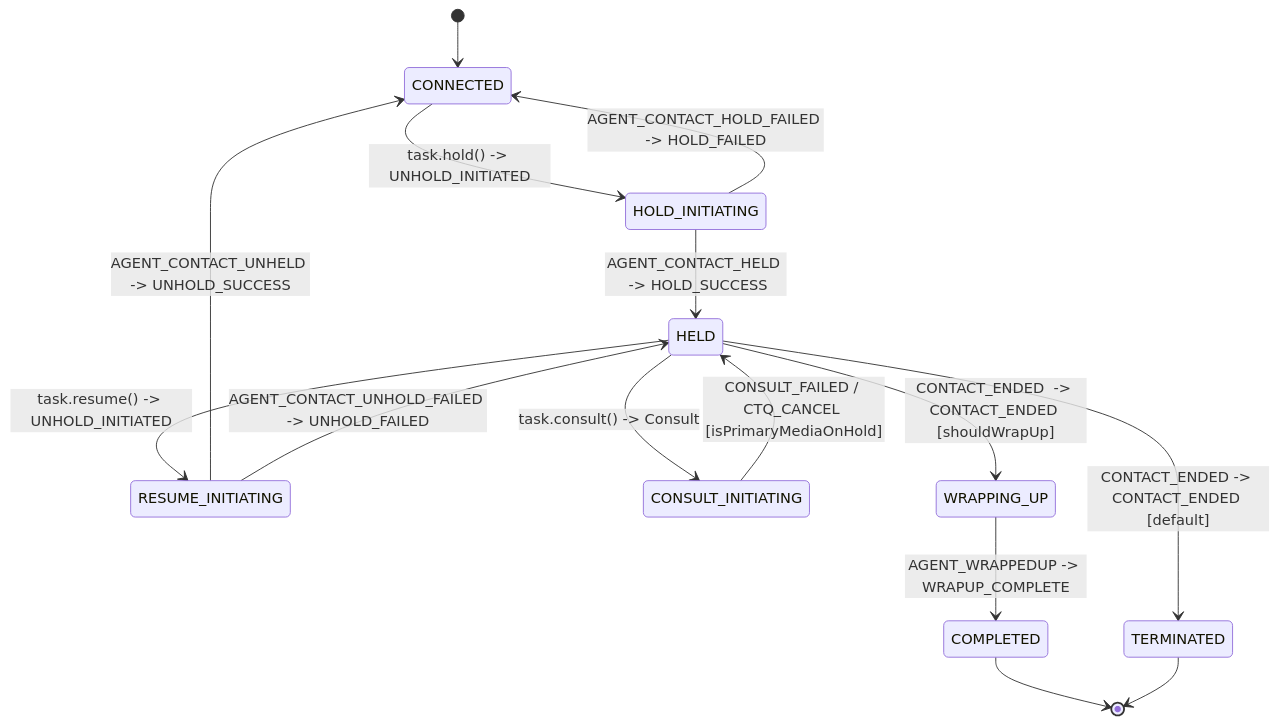
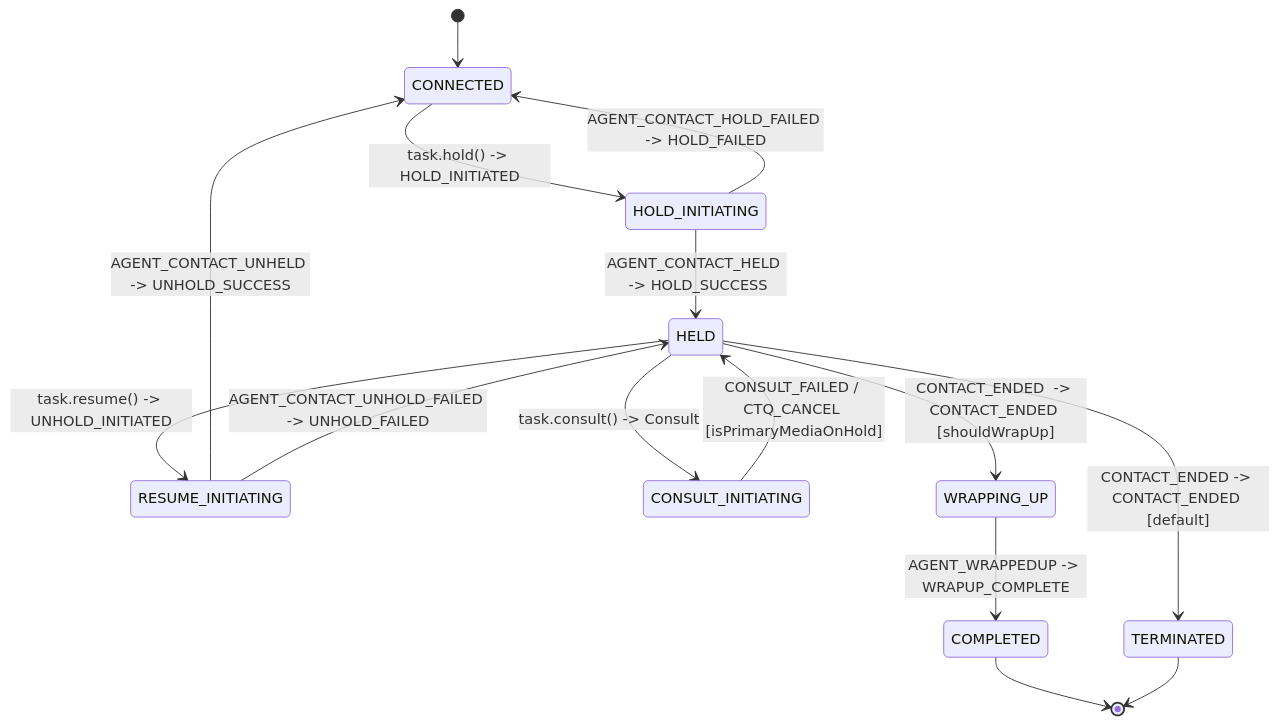
Before and after one commit to webex/webex-js-sdk: the fifth of 7 diagrams in packages/@webex/contact-center/src/services/task/state-machine/ai-docs/ARCHITECTURE.md, drawn with Mermaid. The commit also changed other lines of this file and 1 other file, not shown here.

Commit message:
docs(contact-center): review comments addressed

````diff
--- a/packages/@webex/contact-center/src/services/task/state-machine/ai-docs/ARCHITECTURE.md
+++ b/packages/@webex/contact-center/src/services/task/state-machine/ai-docs/ARCHITECTURE.md
@@ -676,18 +973,18 @@
 ```mermaid
 stateDiagram-v2
     [*] --> CONNECTED
-    CONNECTED --> HOLD_INITIATING: task.hold() -> UNHOLD_INITIATED 
-    HOLD_INITIATING --> HELD: AGENT_CONTACT_HELD  -> HOLD_SUCCESS 
-    HOLD_INITIATING --> CONNECTED: AGENT_CONTACT_HOLD_FAILED -> HOLD_FAILED 
-    HELD --> RESUME_INITIATING: task.resume() -> UNHOLD_INITIATED 
-    RESUME_INITIATING --> CONNECTED: AGENT_CONTACT_UNHELD -> UNHOLD_SUCCESS 
-    RESUME_INITIATING --> HELD: AGENT_CONTACT_UNHOLD_FAILED -> UNHOLD_FAILED 
-    HELD --> CONSULT_INITIATING: task.consult() -> Consult 
+    CONNECTED --> HOLD_INITIATING: task.hold() -> HOLD_INITIATED
+    HOLD_INITIATING --> HELD: AGENT_CONTACT_HELD  -> HOLD_SUCCESS
+    HOLD_INITIATING --> CONNECTED: AGENT_CONTACT_HOLD_FAILED -> HOLD_FAILED
+    HELD --> RESUME_INITIATING: task.resume() -> UNHOLD_INITIATED
+    RESUME_INITIATING --> CONNECTED: AGENT_CONTACT_UNHELD -> UNHOLD_SUCCESS
+    RESUME_INITIATING --> HELD: AGENT_CONTACT_UNHOLD_FAILED -> UNHOLD_FAILED
+    HELD --> CONSULT_INITIATING: task.consult() -> Consult
     CONSULT_INITIATING --> HELD: CONSULT_FAILED / CTQ_CANCEL [isPrimaryMediaOnHold]
     HELD --> WRAPPING_UP: CONTACT_ENDED  -> CONTACT_ENDED [shouldWrapUp]
     HELD --> TERMINATED: CONTACT_ENDED -> CONTACT_ENDED [default]
 
     WRAPPING_UP --> COMPLETED: AGENT_WRAPPEDUP -> WRAPUP_COMPLETE
     COMPLETED --> [*]
     TERMINATED --> [*]
 ```
````
